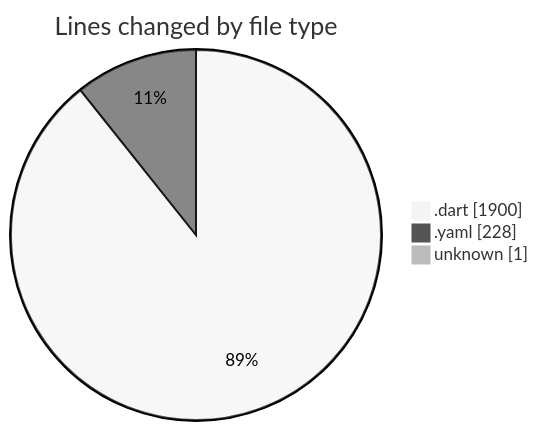
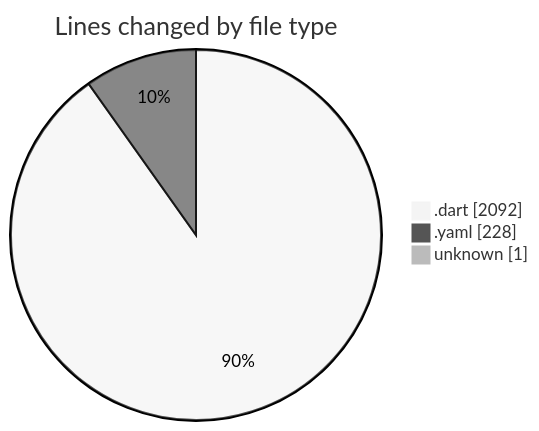
Before and after one commit to donsfak/code-tracking: the first of 2 diagrams in 2025-03-08/uber_clone/README.md, drawn with Mermaid (neutral theme). The commit also changed other lines of this file and 1 other file, not shown here.

````diff
--- a/2025-03-08/uber_clone/README.md
+++ b/2025-03-08/uber_clone/README.md
@@ -24,7 +24,7 @@
 ```mermaid
 pie showData
 title Lines changed by file type
-".dart" : 1900
+".dart" : 2092
 ".yaml" : 228
 "unknown" : 1
 ```
````
